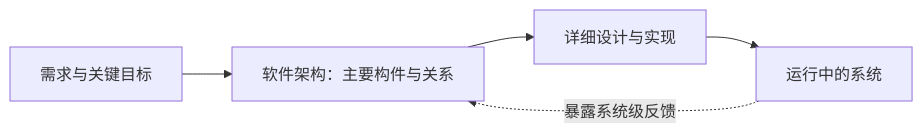
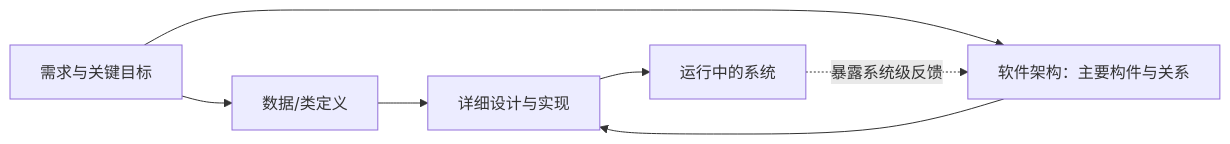
Before and after one commit to 74262195/system-architect-notes: the diagram in 01_综合知识/06_软件架构设计/01_软件架构是什么：为什么需要架构视角.md, drawn with Mermaid. The commit also changed other lines of this file, not shown here.

Commit message:
docs: clarify data design versus architecture design

````diff
--- a/01_综合知识/06_软件架构设计/01_软件架构是什么：为什么需要架构视角.md
+++ b/01_综合知识/06_软件架构设计/01_软件架构是什么：为什么需要架构视角.md
@@ -98,7 +121,9 @@
 ```mermaid
 flowchart LR
-    A["需求与关键目标"] --> B["软件架构：主要构件与关系"]
-    B --> C["详细设计与实现"]
-    C --> D["运行中的系统"]
-    D -. "暴露系统级反馈" .-> B
+    A["需求与关键目标"] --> B["数据/类定义"]
+    A --> C["软件架构：主要构件与关系"]
+    B --> D["详细设计与实现"]
+    C --> D
+    D --> E["运行中的系统"]
+    E -. "暴露系统级反馈" .-> C
 ```
````
